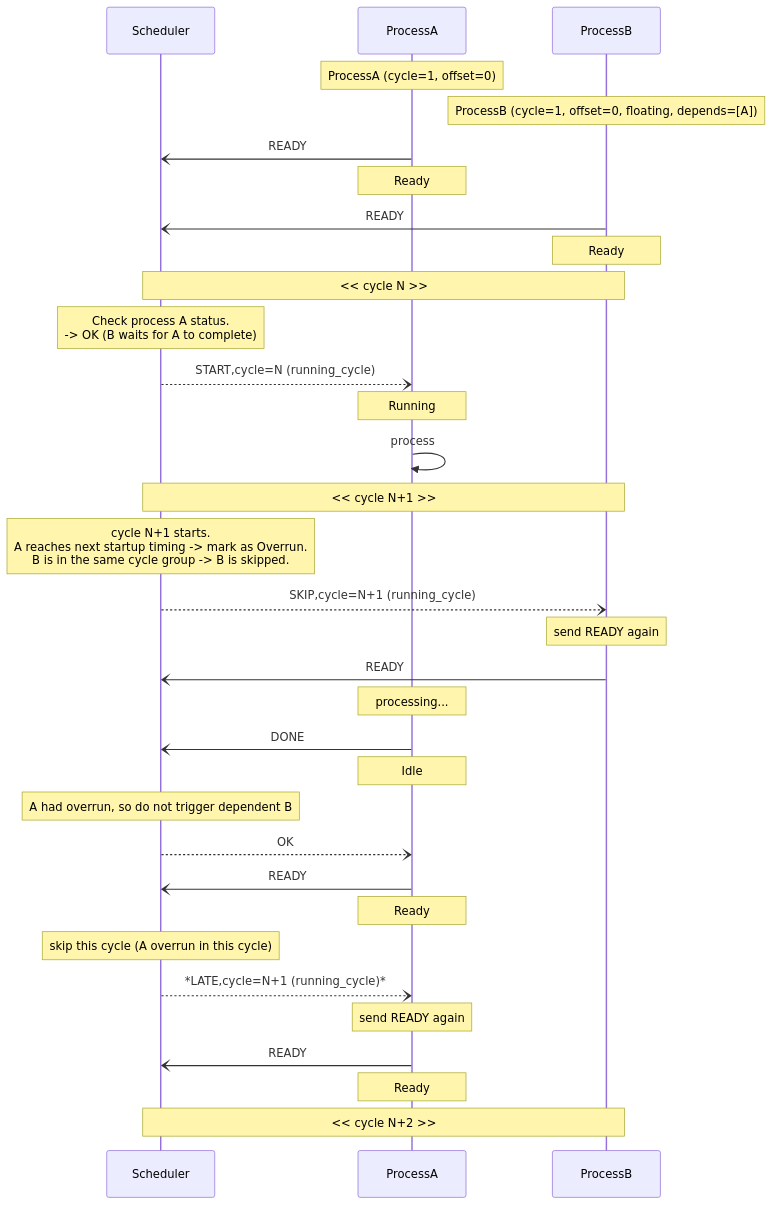
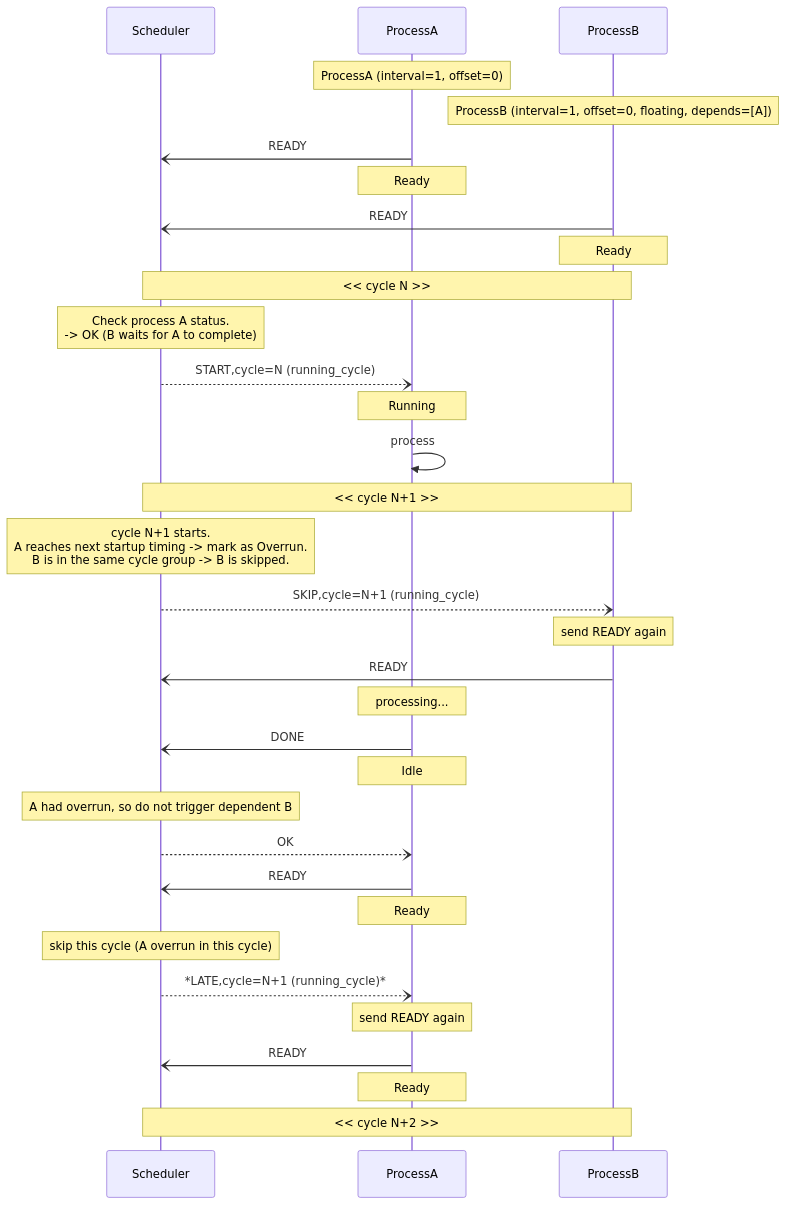
The first of 4 diagrams in docs/message-sequence-skip.md (nao-kawano/ritsu-scheduler), drawn with Mermaid before and after one commit. The commit also changed other lines of this file and 3 other files, not shown here.

First line of the commit message:
docs: update timing terminology and specification diagrams

````diff
--- a/docs/message-sequence-skip.md
+++ b/docs/message-sequence-skip.md
@@ -35,45 +35,45 @@
 ```mermaid
 sequenceDiagram
   participant S as Scheduler
   participant A as ProcessA
   participant B as ProcessB
 
-  Note over A: ProcessA (cycle=1, offset=0)
-  Note over B: ProcessB (cycle=1, offset=0, floating, depends=[A])
+  Note over A: ProcessA (interval=1, offset=0)
+  Note over B: ProcessB (interval=1, offset=0, floating, depends=[A])
 
   A -) S: READY
   Note over A: Ready
   B -) S: READY
   Note over B: Ready
 
 Note over S,B: << cycle N >>
 
   Note over S: Check process A status.<br />-> OK (B waits for A to complete)
   S --) A: START,cycle=N (running_cycle)
   Note over A: Running
   A ->> A: process
 
 Note over S,B: << cycle N+1 >>
   Note over S: cycle N+1 starts.<br />A reaches next startup timing -> mark as Overrun.<br />B is in the same cycle group -> B is skipped.
 
   S --) B: SKIP,cycle=N+1 (running_cycle)
   Note over B: send READY again
   B -) S: READY
 
   Note over A: processing...
   A -) S: DONE
   Note over A: Idle
   Note over S: A had overrun, so do not trigger dependent B
   S --) A: OK
 
   A -) S: READY
   Note over A: Ready
   Note over S: skip this cycle (A overrun in this cycle)
   S --) A: *LATE,cycle=N+1 (running_cycle)*
     Note over A: send READY again
 
   A -) S: READY
   Note over A: Ready
 
 Note over S,B: << cycle N+2 >>
 ```
````
